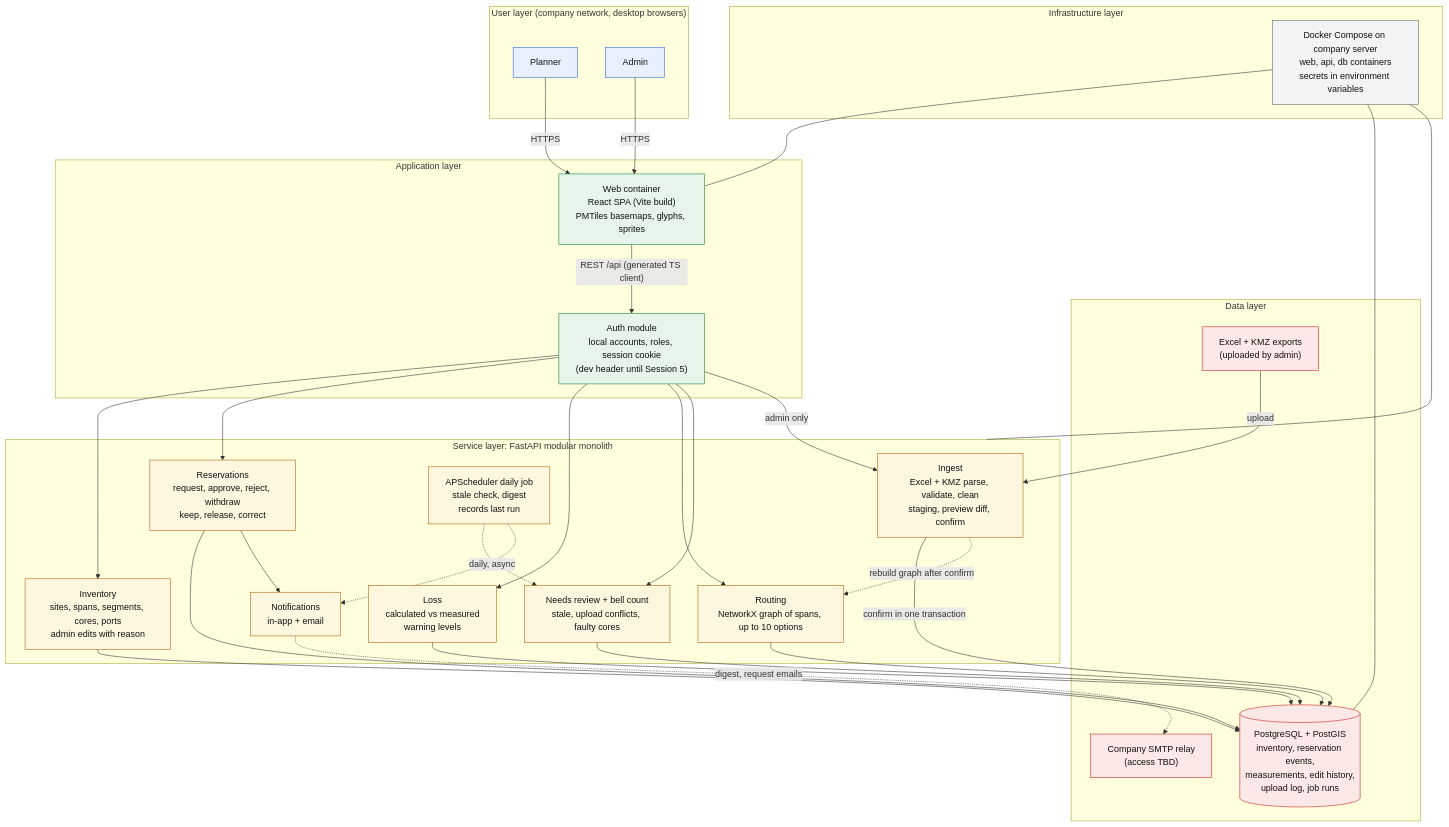
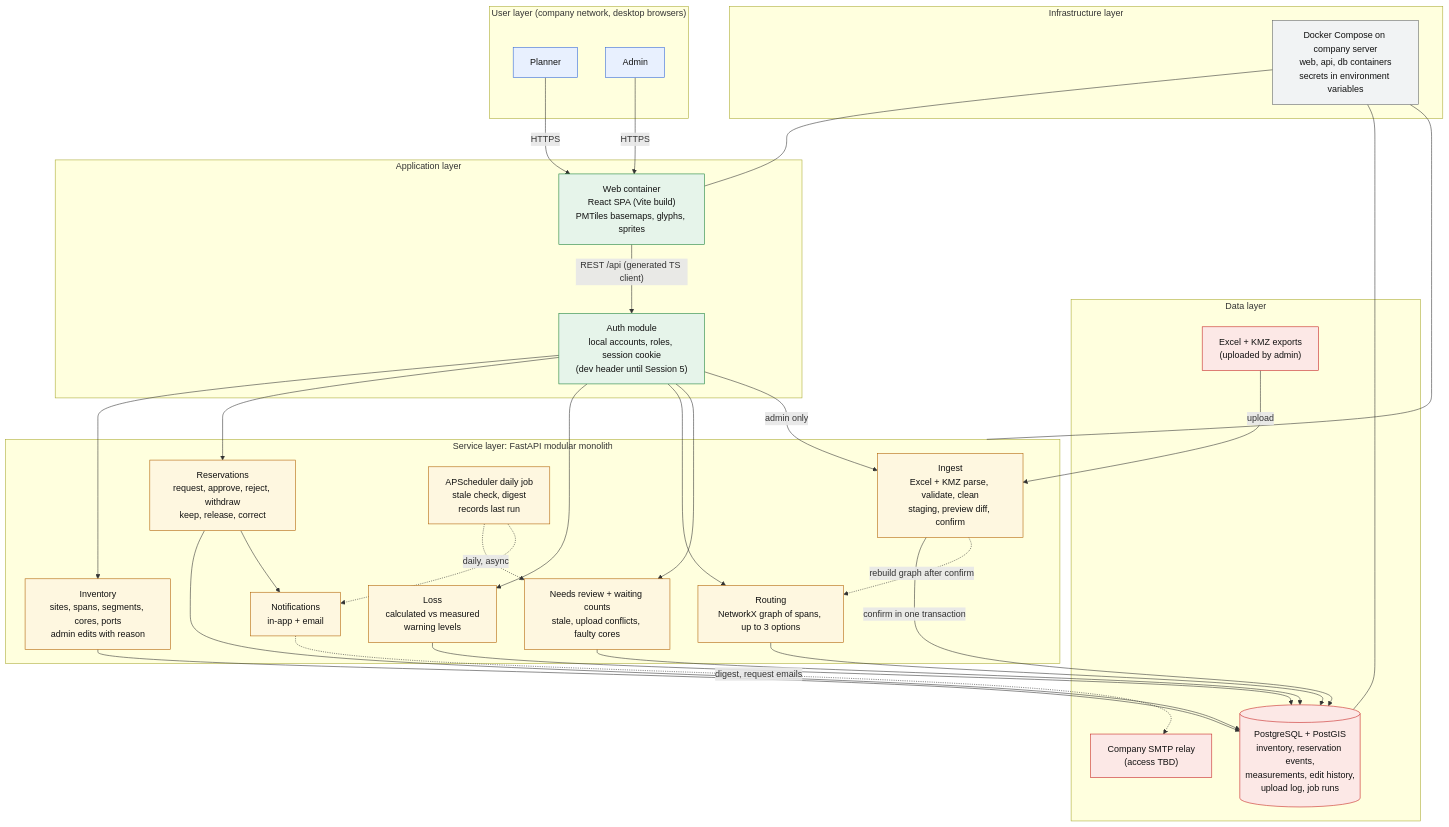
The diagram in docs/architecture.md (Pilths/fiber), drawn with Mermaid before and after one commit. The commit also changed other lines of this file and 3 other files, not shown here.

````diff
--- a/docs/architecture.md
+++ b/docs/architecture.md
@@ -25,59 +25,59 @@
 ```mermaid
 flowchart TB
   subgraph USER["User layer (company network, desktop browsers)"]
     P["Planner"]
     A["Admin"]
   end
 
   subgraph APP["Application layer"]
     WEB["Web container<br/>React SPA (Vite build)<br/>PMTiles basemaps, glyphs, sprites"]
     AUTH["Auth module<br/>local accounts, roles, session cookie<br/>(dev header until Session 5)"]
   end
 
   subgraph SVC["Service layer: FastAPI modular monolith"]
     INGEST["Ingest<br/>Excel + KMZ parse, validate, clean<br/>staging, preview diff, confirm"]
     INV["Inventory<br/>sites, spans, segments, cores, ports<br/>admin edits with reason"]
     RES["Reservations<br/>request, approve, reject, withdraw<br/>keep, release, correct"]
     LOSS["Loss<br/>calculated vs measured<br/>warning levels"]
-    ROUTE["Routing<br/>NetworkX graph of spans, up to 10 options"]
-    REVIEW["Needs review + bell count<br/>stale, upload conflicts, faulty cores"]
+    ROUTE["Routing<br/>NetworkX graph of spans, up to 3 options"]
+    REVIEW["Needs review + waiting counts<br/>stale, upload conflicts, faulty cores"]
     JOB["APScheduler daily job<br/>stale check, digest<br/>records last run"]
     NOTIFY["Notifications<br/>in-app + email"]
   end
 
   subgraph DATA["Data layer"]
     PG[("PostgreSQL + PostGIS<br/>inventory, reservation events,<br/>measurements, edit history,<br/>upload log, job runs")]
     FILES["Excel + KMZ exports<br/>(uploaded by admin)"]
     SMTP["Company SMTP relay<br/>(access TBD)"]
   end
 
   subgraph INFRA["Infrastructure layer"]
     DC["Docker Compose on company server<br/>web, api, db containers<br/>secrets in environment variables"]
   end
 
   P -->|HTTPS| WEB
   A -->|HTTPS| WEB
   WEB -->|"REST /api (generated TS client)"| AUTH
   AUTH --> INV & RES & LOSS & ROUTE & REVIEW
   AUTH -->|admin only| INGEST
   FILES -->|upload| INGEST
   INGEST -->|confirm in one transaction| PG
   INV & RES & LOSS & ROUTE & REVIEW --> PG
   RES --> NOTIFY
   JOB -.->|daily, async| REVIEW
   JOB -.-> NOTIFY
   NOTIFY -.->|digest, request emails| SMTP
   INGEST -.->|rebuild graph after confirm| ROUTE
   DC --- WEB & SVC & PG
 
   classDef user fill:#e8f0fe,stroke:#3367d6,color:#111
   classDef app fill:#e6f4ea,stroke:#188038,color:#111
   classDef svc fill:#fef7e0,stroke:#b06000,color:#111
   classDef data fill:#fce8e6,stroke:#c5221f,color:#111
   classDef infra fill:#f1f3f4,stroke:#5f6368,color:#111
   class P,A user
   class WEB,AUTH app
   class INGEST,INV,RES,LOSS,ROUTE,REVIEW,JOB,NOTIFY svc
   class PG,FILES,SMTP data
   class DC infra
 ```
````
